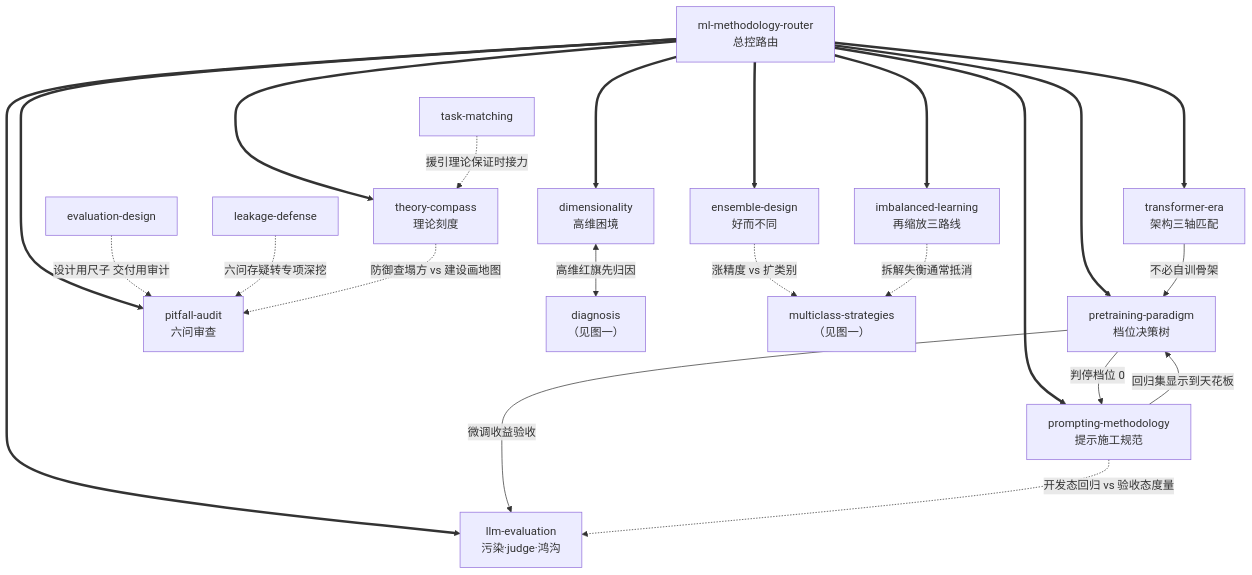
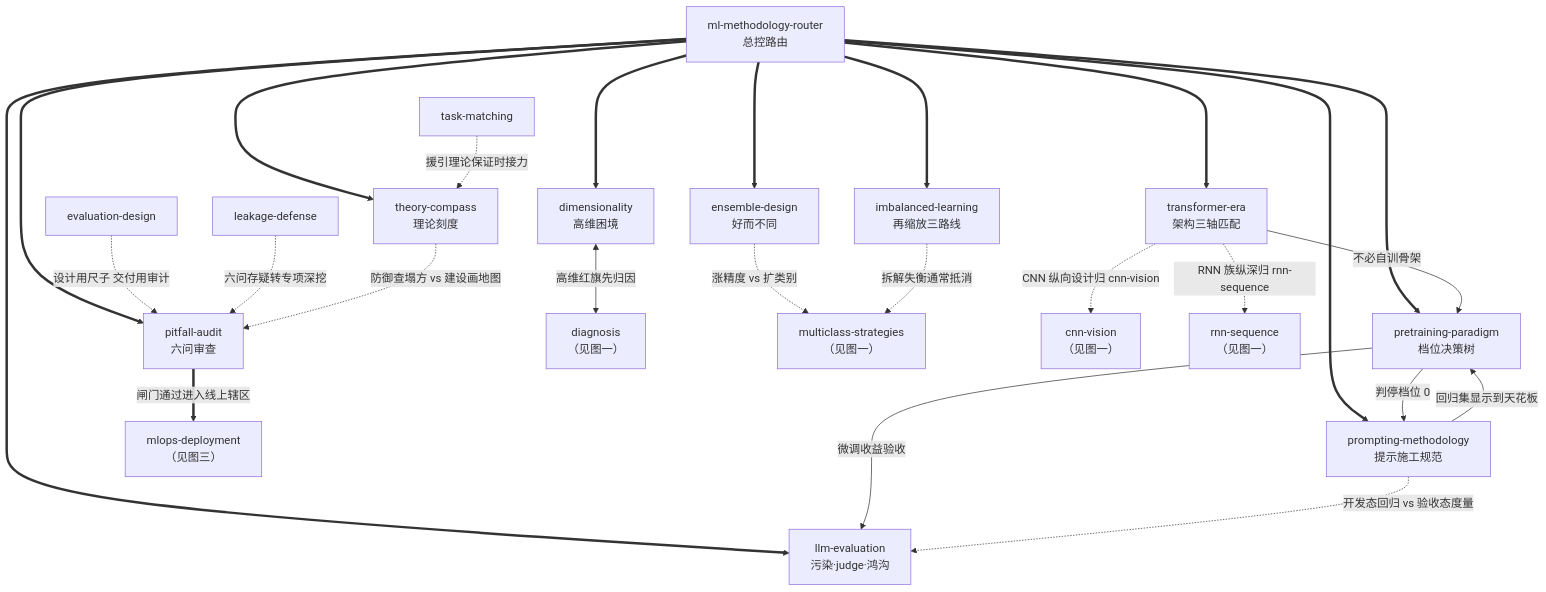
One commit to fieldlu/Machine-learning-skills changed the second of 3 diagrams in INDEX.md. Above: the diagram before and after it, drawn with Mermaid. The commit also changed other lines of this file and 26 other files, not shown here.

````diff
--- a/INDEX.md
+++ b/INDEX.md
@@ -149,39 +181,42 @@
 ```mermaid
 graph TD
     R[ml-methodology-router<br/>总控路由]
 
     %% ⑥ 特殊场景
     IM[imbalanced-learning<br/>再缩放三路线]
     EN[ensemble-design<br/>好而不同]
     DM[dimensionality<br/>高维困境]
 
     %% ⑦ 大模型场景
     TE[transformer-era<br/>架构三轴匹配]
     PP[pretraining-paradigm<br/>档位决策树]
     PM[prompting-methodology<br/>提示施工规范]
     LE[llm-evaluation<br/>污染·judge·鸿沟]
 
     %% ⑧ 工程交付
     PA[pitfall-audit<br/>六问审查]
     TC[theory-compass<br/>理论刻度]
 
     R ===> IM & EN & DM & TE & PP & PM & LE & PA & TC
 
     %% 特殊场景互联
     DM <-->|"高维红旗先归因"| DGX[diagnosis<br/>（见图一）]
     EN -.->|"涨精度 vs 扩类别"| MC[multiclass-strategies<br/>（见图一）]
     IM -.->|"拆解失衡通常抵消"| MC
 
     %% 大模型链条
     TE -->|"不必自训骨架"| PP
     PP -->|"判停档位 0"| PM
     PM -->|"回归集显示到天花板"| PP
     PP -->|"微调收益验收"| LE
     PM -.->|"开发态回归 vs 验收态度量"| LE
+    TE -.->|"CNN 纵向设计归 cnn-vision"| CVX[cnn-vision<br/>（见图一）]
+    TE -.->|"RNN 族纵深归 rnn-sequence"| RSX[rnn-sequence<br/>（见图一）]
 
     %% 工程交付闸门
     EDX[evaluation-design] -.->|"设计用尺子 交付用审计"| PA
     LDX[leakage-defense] -.->|"六问存疑转专项深挖"| PA
     TC -.->|"防御查塌方 vs 建设画地图"| PA
     TMX[task-matching] -.->|"援引理论保证时接力"| TC
+    PA ==>|"闸门通过进入线上辖区"| MOX[mlops-deployment<br/>（见图三）]
 ```
````
